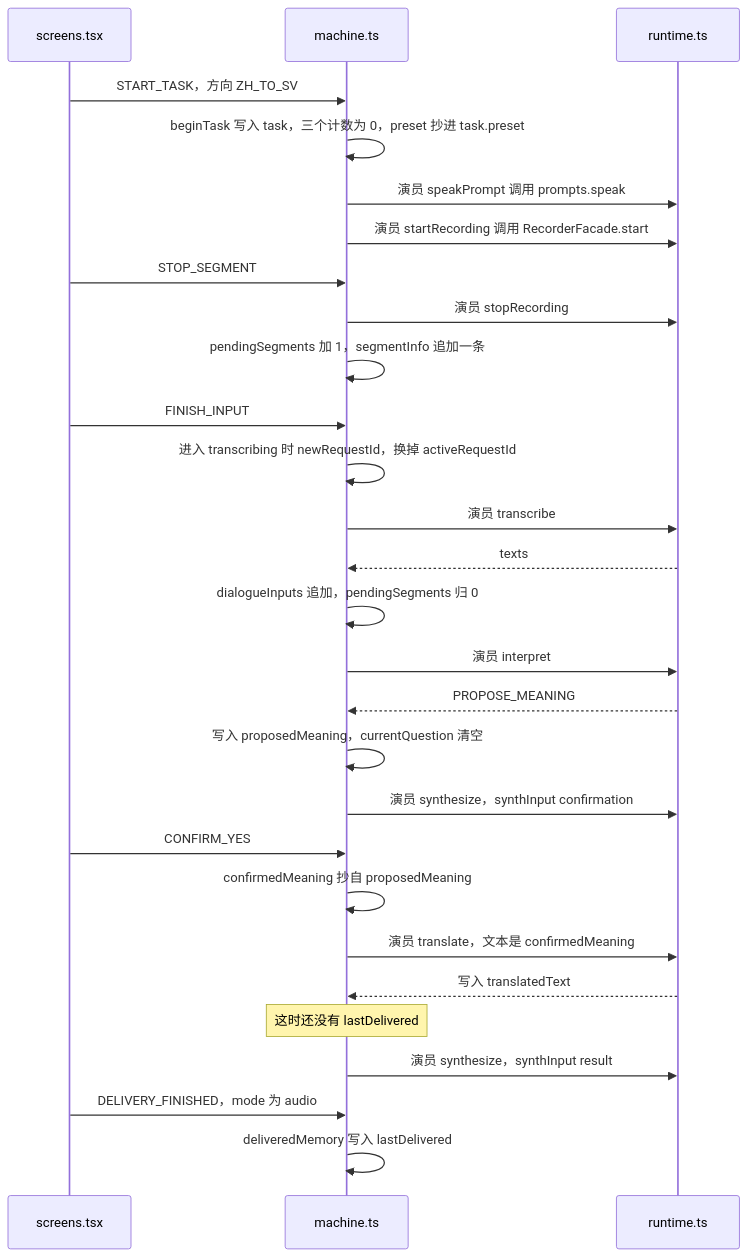
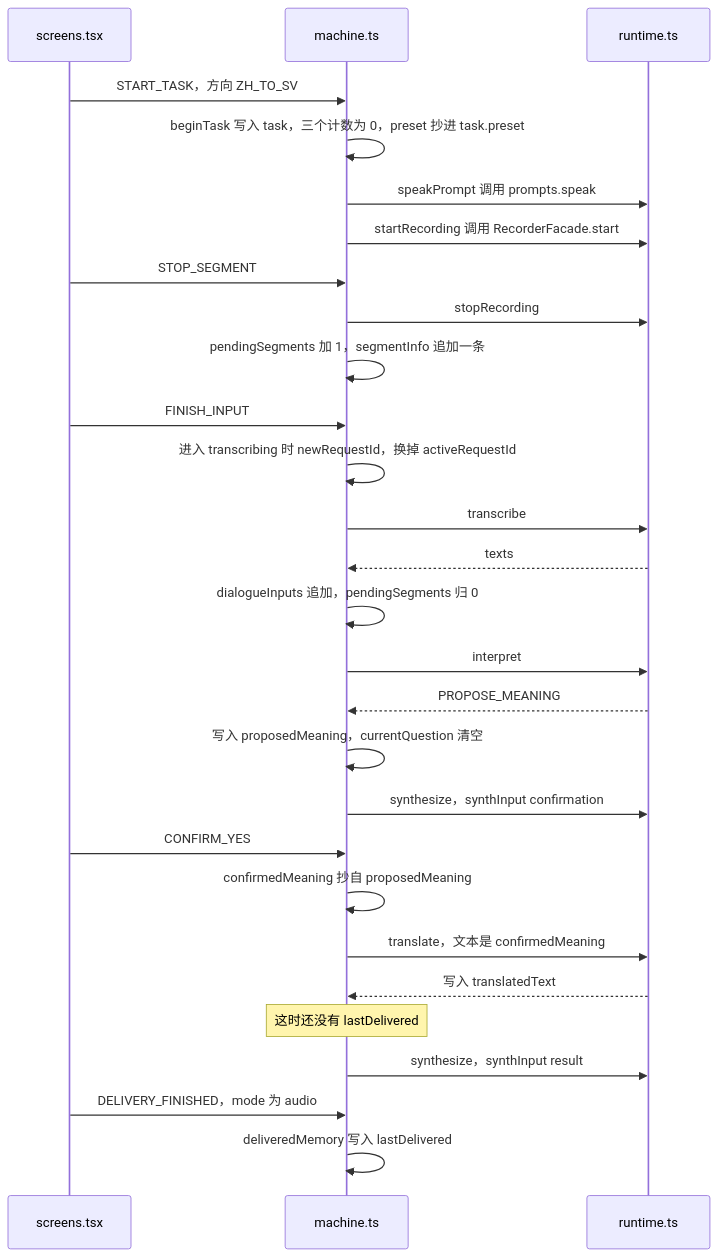
The first of 3 diagrams in docs/01-zh/09-代码详解/web/dialogue/machine.md (SeanSha/LillaTolken), drawn with Mermaid before and after one commit. The commit also changed other lines of this file and 5 other files, not shown here.

````diff
--- a/docs/01-zh/09-代码详解/web/dialogue/machine.md
+++ b/docs/01-zh/09-代码详解/web/dialogue/machine.md
@@ -19,31 +19,31 @@
 ```mermaid
 sequenceDiagram
   participant UI as screens.tsx
   participant M as machine.ts
   participant RT as runtime.ts
 
   UI->>M: START_TASK，方向 ZH_TO_SV
   M->>M: beginTask 写入 task，三个计数为 0，preset 抄进 task.preset
-  M->>RT: 演员 speakPrompt 调用 prompts.speak
-  M->>RT: 演员 startRecording 调用 RecorderFacade.start
+  M->>RT: speakPrompt 调用 prompts.speak
+  M->>RT: startRecording 调用 RecorderFacade.start
   UI->>M: STOP_SEGMENT
-  M->>RT: 演员 stopRecording
+  M->>RT: stopRecording
   M->>M: pendingSegments 加 1，segmentInfo 追加一条
   UI->>M: FINISH_INPUT
   M->>M: 进入 transcribing 时 newRequestId，换掉 activeRequestId
-  M->>RT: 演员 transcribe
+  M->>RT: transcribe
   RT-->>M: texts
   M->>M: dialogueInputs 追加，pendingSegments 归 0
-  M->>RT: 演员 interpret
+  M->>RT: interpret
   RT-->>M: PROPOSE_MEANING
   M->>M: 写入 proposedMeaning，currentQuestion 清空
-  M->>RT: 演员 synthesize，synthInput confirmation
+  M->>RT: synthesize，synthInput confirmation
   UI->>M: CONFIRM_YES
   M->>M: confirmedMeaning 抄自 proposedMeaning
-  M->>RT: 演员 translate，文本是 confirmedMeaning
+  M->>RT: translate，文本是 confirmedMeaning
   RT-->>M: 写入 translatedText
   Note over M: 这时还没有 lastDelivered
-  M->>RT: 演员 synthesize，synthInput result
+  M->>RT: synthesize，synthInput result
   UI->>M: DELIVERY_FINISHED，mode 为 audio
   M->>M: deliveredMemory 写入 lastDelivered
 ```
````
